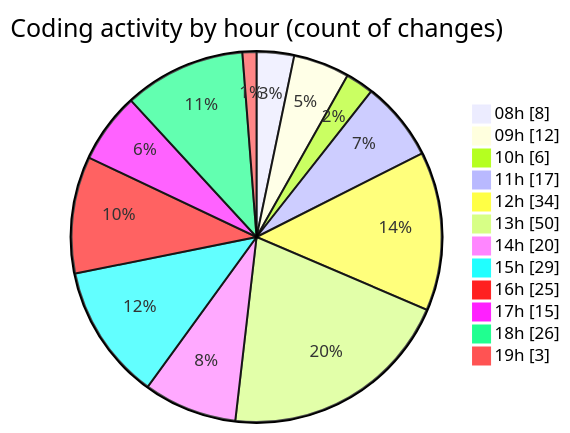
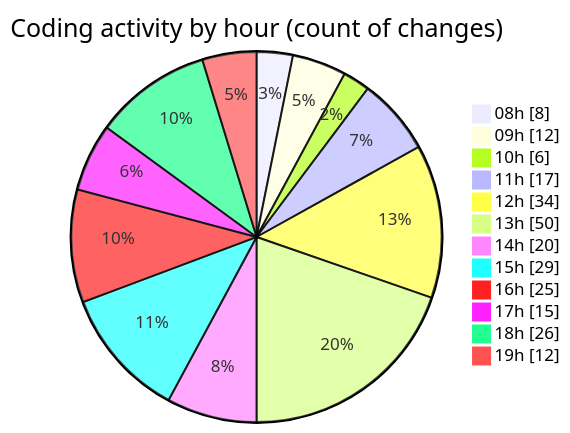
One commit to momahboobian/code-tracking changed the second of 2 diagrams in 2025-09-15/cda/README.md. Above: the diagram before and after it, drawn with Mermaid. The commit also changed other lines of this file and 1 other file, not shown here.

````diff
--- a/2025-09-15/cda/README.md
+++ b/2025-09-15/cda/README.md
@@ -37,16 +37,16 @@
 ```mermaid
 pie showData
 title Coding activity by hour (count of changes)
 "08h" : 8
 "09h" : 12
 "10h" : 6
 "11h" : 17
 "12h" : 34
 "13h" : 50
 "14h" : 20
 "15h" : 29
 "16h" : 25
 "17h" : 15
 "18h" : 26
-"19h" : 3
+"19h" : 12
 ```
````
